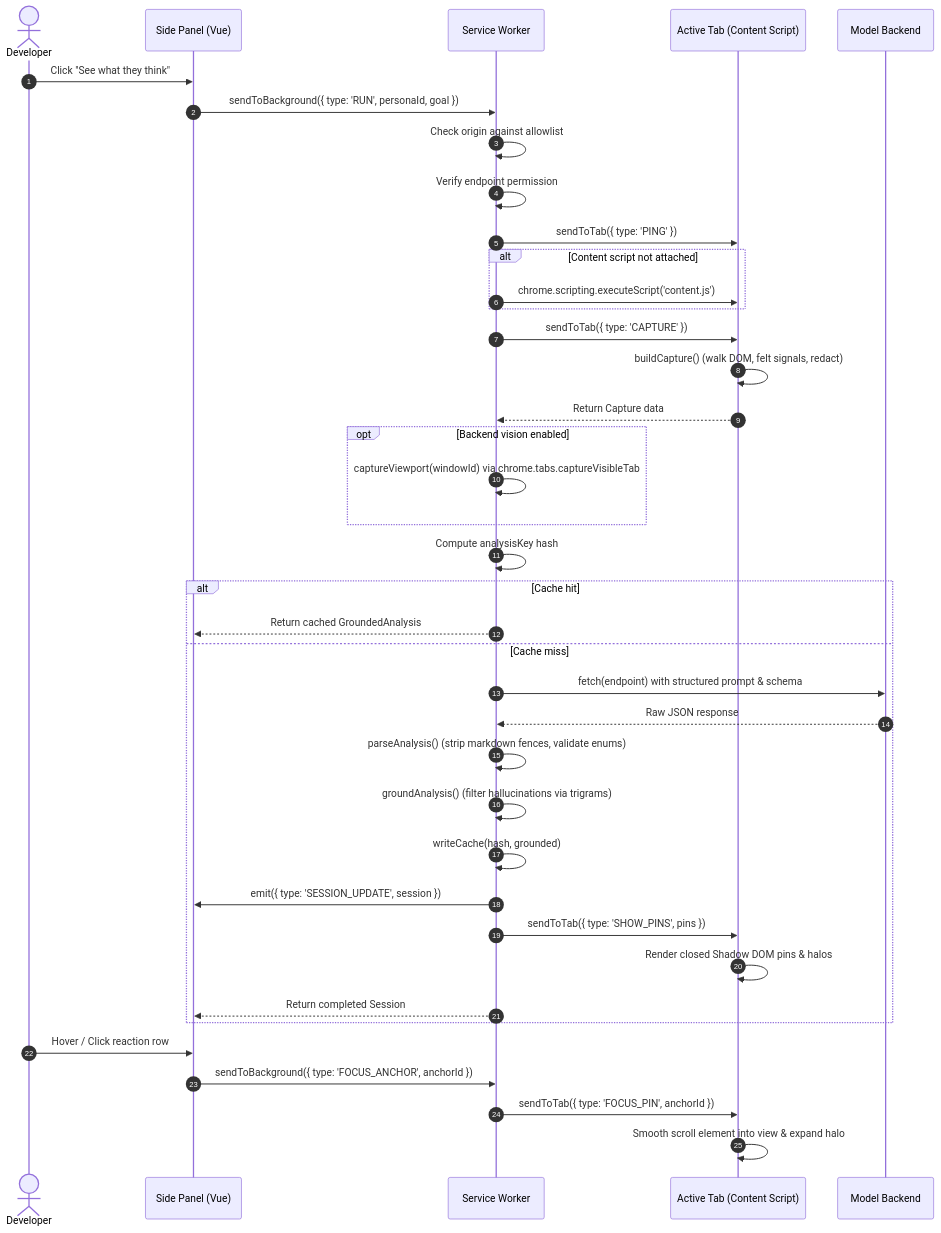
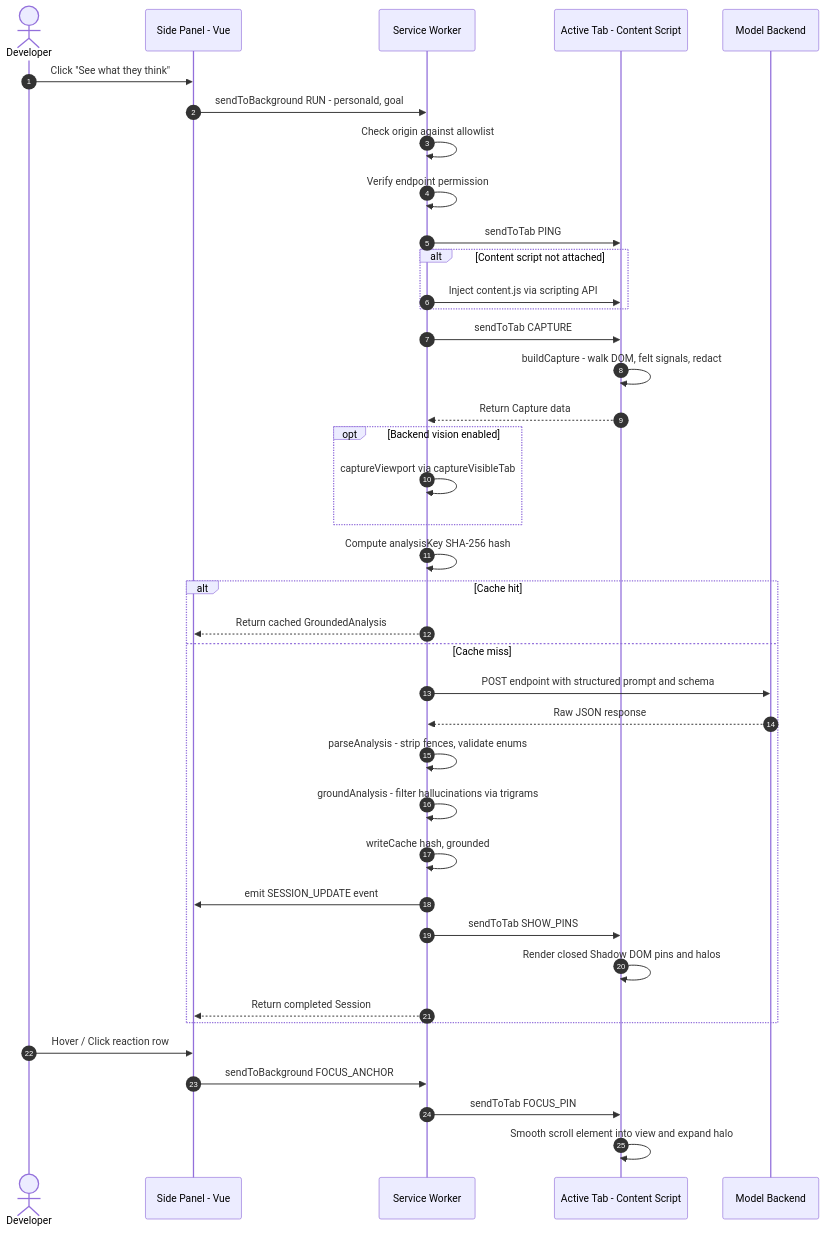
The third of 3 diagrams in TECHNICAL_OVERVIEW.md (lee195/fresh-eyes), drawn with Mermaid before and after one commit. The commit also changed other lines of this file, not shown here.

Commit message:
fix mermaid diagrams

````diff
--- a/TECHNICAL_OVERVIEW.md
+++ b/TECHNICAL_OVERVIEW.md
@@ -308,45 +310,45 @@
 ```mermaid
 sequenceDiagram
     autonumber
     actor Dev as Developer
-    participant Panel as Side Panel (Vue)
+    participant Panel as Side Panel - Vue
     participant SW as Service Worker
-    participant Tab as Active Tab (Content Script)
+    participant Tab as Active Tab - Content Script
     participant LLM as Model Backend
 
     Dev->>Panel: Click "See what they think"
-    Panel->>SW: sendToBackground({ type: 'RUN', personaId, goal })
+    Panel->>SW: sendToBackground RUN - personaId, goal
     SW->>SW: Check origin against allowlist
     SW->>SW: Verify endpoint permission
-    SW->>Tab: sendToTab({ type: 'PING' })
+    SW->>Tab: sendToTab PING
     alt Content script not attached
-        SW->>Tab: chrome.scripting.executeScript('content.js')
+        SW->>Tab: Inject content.js via scripting API
     end
-    SW->>Tab: sendToTab({ type: 'CAPTURE' })
-    Tab->>Tab: buildCapture() (walk DOM, felt signals, redact)
+    SW->>Tab: sendToTab CAPTURE
+    Tab->>Tab: buildCapture - walk DOM, felt signals, redact
     Tab-->>SW: Return Capture data
     
     opt Backend vision enabled
-        SW->>SW: captureViewport(windowId) via chrome.tabs.captureVisibleTab
+        SW->>SW: captureViewport via captureVisibleTab
     end
     
-    SW->>SW: Compute analysisKey hash
+    SW->>SW: Compute analysisKey SHA-256 hash
     alt Cache hit
         SW-->>Panel: Return cached GroundedAnalysis
     else Cache miss
-        SW->>LLM: fetch(endpoint) with structured prompt & schema
+        SW->>LLM: POST endpoint with structured prompt and schema
         LLM-->>SW: Raw JSON response
-        SW->>SW: parseAnalysis() (strip markdown fences, validate enums)
-        SW->>SW: groundAnalysis() (filter hallucinations via trigrams)
-        SW->>SW: writeCache(hash, grounded)
-        SW->>Panel: emit({ type: 'SESSION_UPDATE', session })
-        SW->>Tab: sendToTab({ type: 'SHOW_PINS', pins })
-        Tab->>Tab: Render closed Shadow DOM pins & halos
+        SW->>SW: parseAnalysis - strip fences, validate enums
+        SW->>SW: groundAnalysis - filter hallucinations via trigrams
+        SW->>SW: writeCache hash, grounded
+        SW->>Panel: emit SESSION_UPDATE event
+        SW->>Tab: sendToTab SHOW_PINS
+        Tab->>Tab: Render closed Shadow DOM pins and halos
         SW-->>Panel: Return completed Session
     end
 
     Dev->>Panel: Hover / Click reaction row
-    Panel->>SW: sendToBackground({ type: 'FOCUS_ANCHOR', anchorId })
-    SW->>Tab: sendToTab({ type: 'FOCUS_PIN', anchorId })
-    Tab->>Tab: Smooth scroll element into view & expand halo
+    Panel->>SW: sendToBackground FOCUS_ANCHOR
+    SW->>Tab: sendToTab FOCUS_PIN
+    Tab->>Tab: Smooth scroll element into view and expand halo
 ```
````
